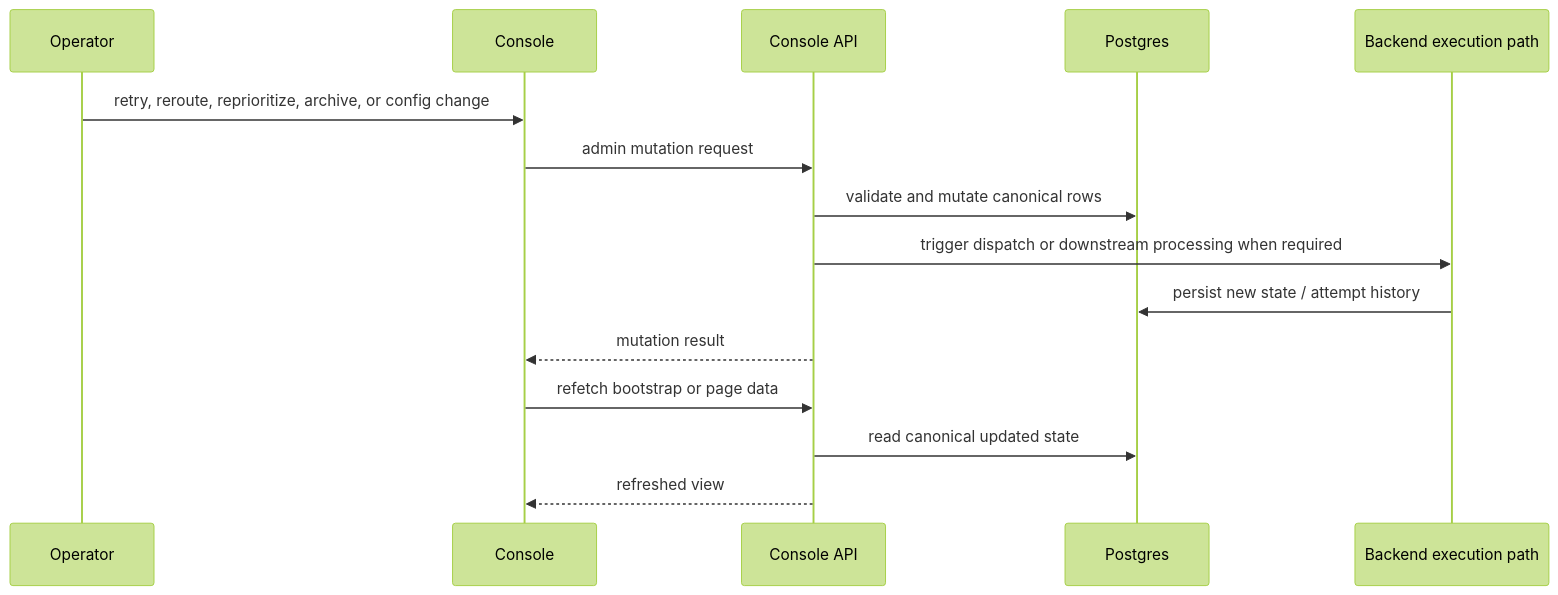
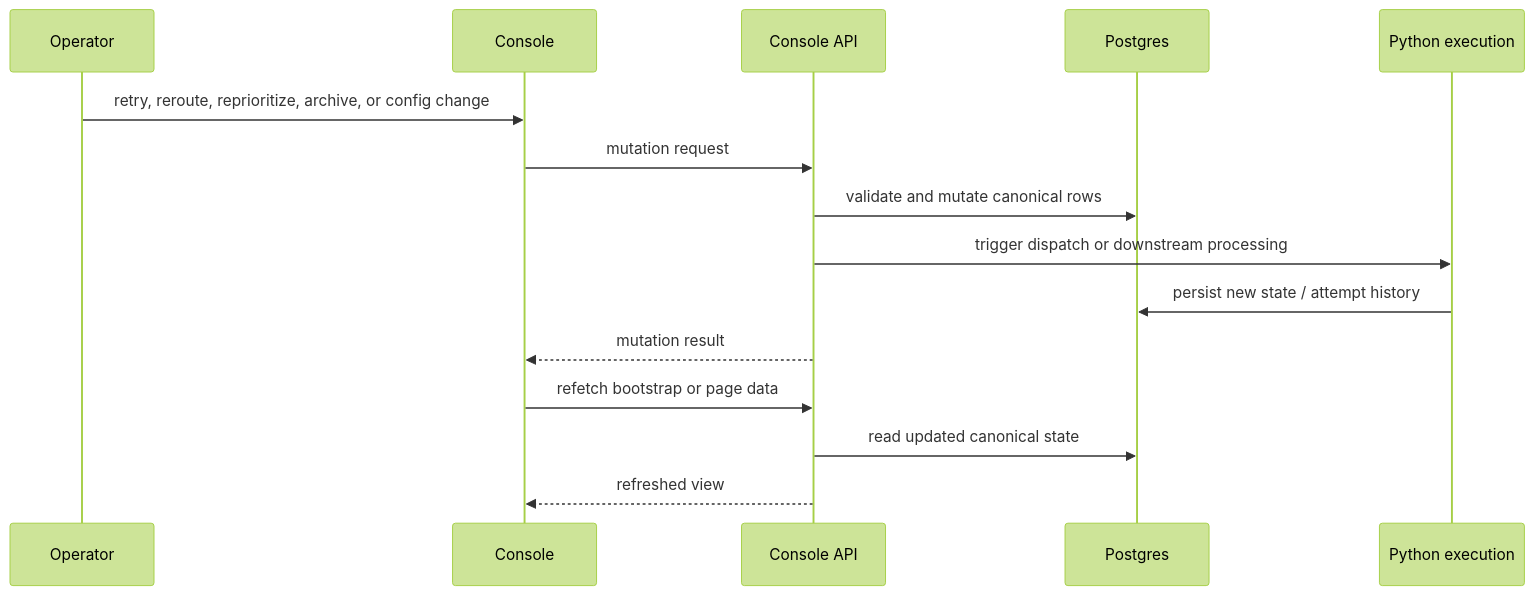
One commit to ngallodev-software/stt-n8n-promptbuilder changed the seventh of 9 diagrams in docs/promptforge-system-architecture.md. Above: the diagram before and after it, drawn with Mermaid (forest theme). The commit also changed other lines of this file and 27 other files, not shown here.

````diff
--- a/docs/promptforge-system-architecture.md
+++ b/docs/promptforge-system-architecture.md
@@ -309,18 +251,18 @@
 ```mermaid
 sequenceDiagram
   participant O as Operator
   participant C as Console
   participant A as Console API
   participant P as Postgres
-  participant X as Backend execution path
+  participant X as Python execution
 
   O->>C: retry, reroute, reprioritize, archive, or config change
-  C->>A: admin mutation request
+  C->>A: mutation request
   A->>P: validate and mutate canonical rows
-  A->>X: trigger dispatch or downstream processing when required
+  A->>X: trigger dispatch or downstream processing
   X->>P: persist new state / attempt history
   A-->>C: mutation result
   C->>A: refetch bootstrap or page data
-  A->>P: read canonical updated state
+  A->>P: read updated canonical state
   A-->>C: refreshed view
 ```
````
